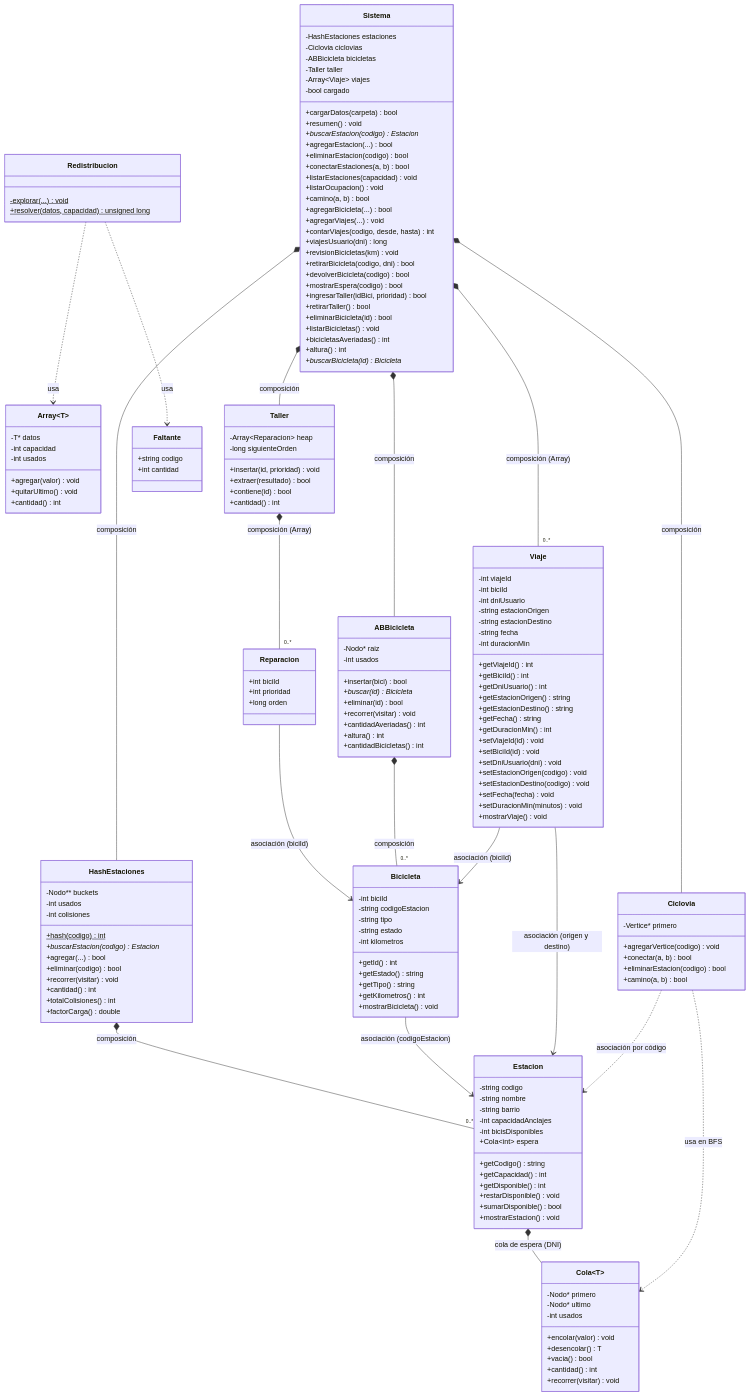
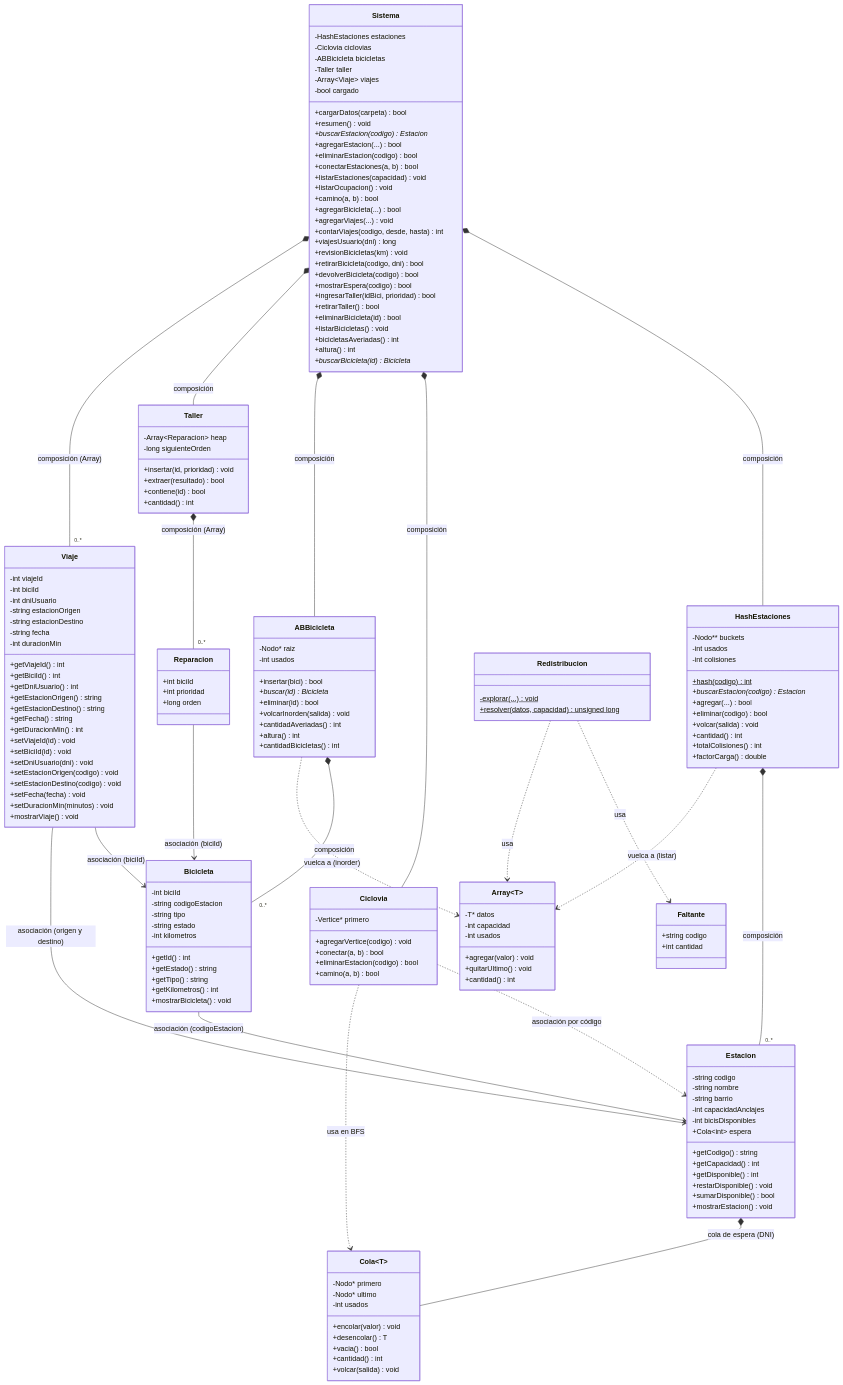
One commit to cberto/algoritmos changed the diagram in TP - Integrador/README.md. Above: the diagram before and after it, drawn with Mermaid. The commit also changed other lines of this file, not shown here.

````diff
--- a/TP - Integrador/README.md
+++ b/TP - Integrador/README.md
@@ -114,7 +114,7 @@
         +buscarEstacion(codigo) Estacion*
         +agregar(...) bool
         +eliminar(codigo) bool
-        +recorrer(visitar) void
+        +volcar(salida) void
         +cantidad() int
         +totalColisiones() int
         +factorCarga() double
@@ -149,7 +149,7 @@
         +insertar(bici) bool
         +buscar(id) Bicicleta*
         +eliminar(id) bool
-        +recorrer(visitar) void
+        +volcarInorden(salida) void
         +cantidadAveriadas() int
         +altura() int
         +cantidadBicicletas() int
@@ -210,7 +210,7 @@
         +desencolar() T
         +vacia() bool
         +cantidad() int
-        +recorrer(visitar) void
+        +volcar(salida) void
     }
 
     class Taller {
@@ -255,4 +255,6 @@
     Ciclovia ..> Cola : usa en BFS
     Redistribucion ..> Faltante : usa
     Redistribucion ..> Array : usa
+    HashEstaciones ..> Array : vuelca a (listar)
+    ABBicicleta ..> Array : vuelca a (inorder)
 ```
````
